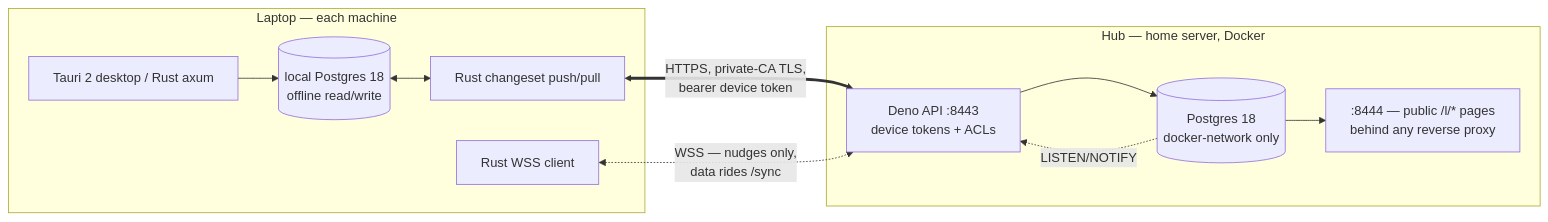
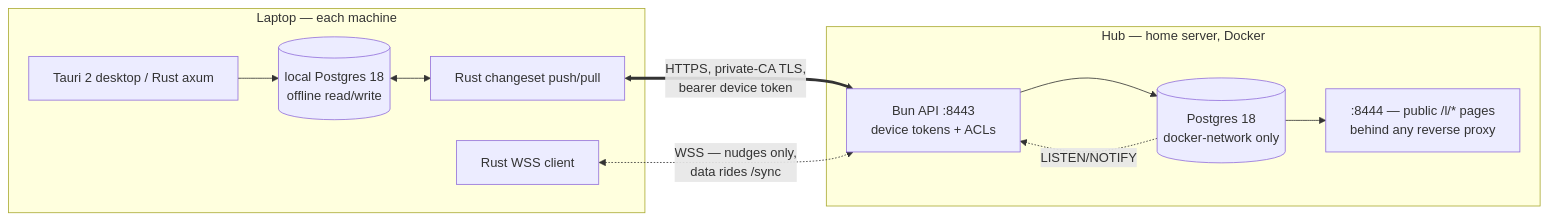
Before and after one commit to Andarius/trame: the diagram in README.md, drawn with Mermaid. The commit also changed other lines of this file and 27 other files, not shown here.

First line of the commit message:
chore(hub): run the hub API on Bun

````diff
--- a/README.md
+++ b/README.md
@@ -299,16 +299,16 @@
 ```mermaid
 flowchart LR
     subgraph laptop [Laptop — each machine]
         app[Tauri 2 desktop / Rust axum] --> pgl[(local Postgres 18<br/>offline read/write)]
         pgl <--> sync[Rust changeset push/pull]
         rt[Rust WSS client]
     end
     subgraph hub [Hub — home server, Docker]
-        api[Deno API :8443<br/>device tokens + ACLs] --> pg[(Postgres 18<br/>docker-network only)]
+        api[Bun API :8443<br/>device tokens + ACLs] --> pg[(Postgres 18<br/>docker-network only)]
         links[:8444 — public /l/* pages<br/>behind any reverse proxy]
         pg -. LISTEN/NOTIFY .-> api
         pg --> links
     end
     sync <==>|HTTPS, private-CA TLS,<br/>bearer device token| api
     rt <-.->|WSS — nudges only,<br/>data rides /sync| api
 ```
````
